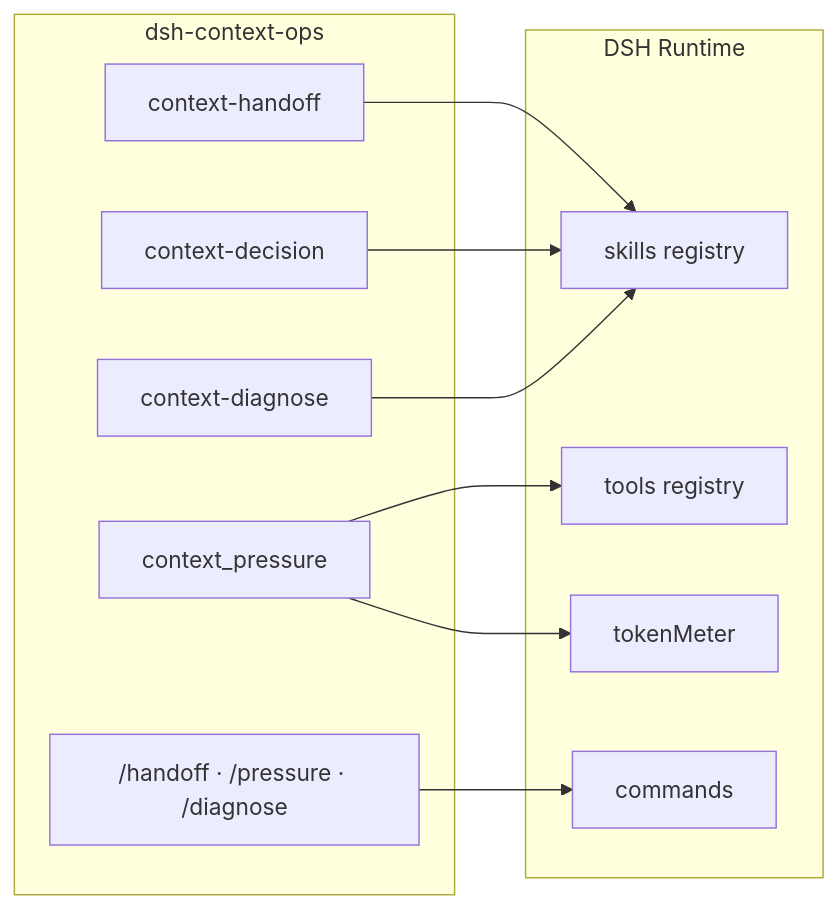
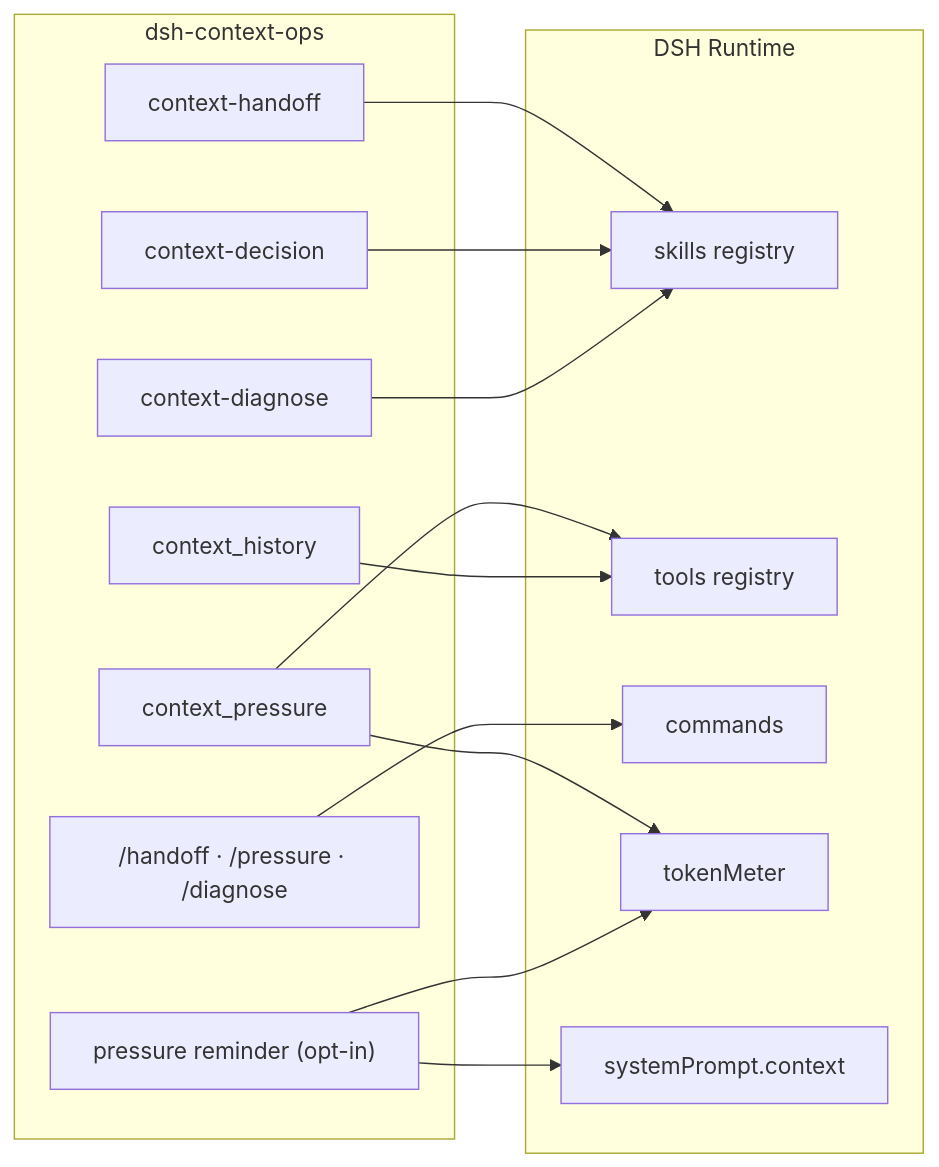
Before and after one commit to OnebugIS/dsh-context-ops: the first of 2 diagrams in README.en.md, drawn with Mermaid. The commit also changed other lines of this file and 13 other files, not shown here.

````diff
--- a/README.en.md
+++ b/README.en.md
@@ -137,22 +174,28 @@
 ```mermaid
 flowchart LR
     subgraph DSH["DSH Runtime"]
         S[skills registry]
         T[tools registry]
         C[commands]
         M[tokenMeter]
+        SP[systemPrompt.context]
     end
     subgraph P["dsh-context-ops"]
         H["context-handoff"]
         D["context-decision"]
         G["context-diagnose"]
         PT["context_pressure"]
+        HT["context_history"]
         CM["/handoff · /pressure · /diagnose"]
+        RM["pressure reminder (opt-in)"]
     end
     H --> S
     D --> S
     G --> S
     PT --> T
+    HT --> T
     PT --> M
     CM --> C
+    RM --> SP
+    RM --> M
 ```
````
